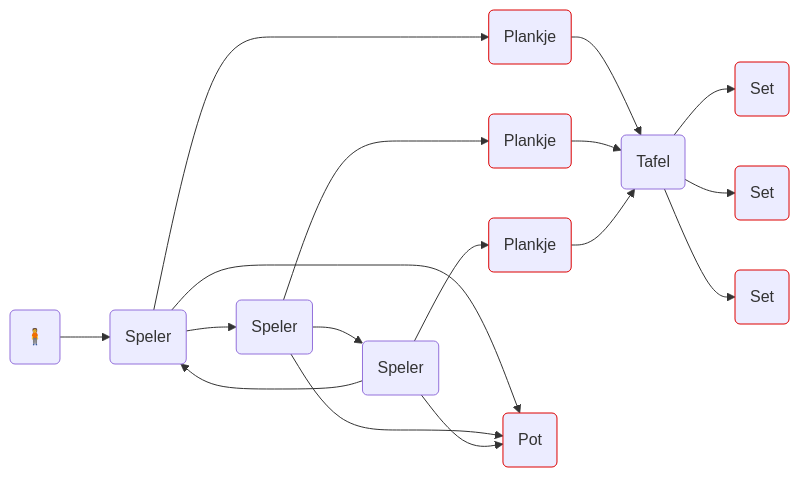
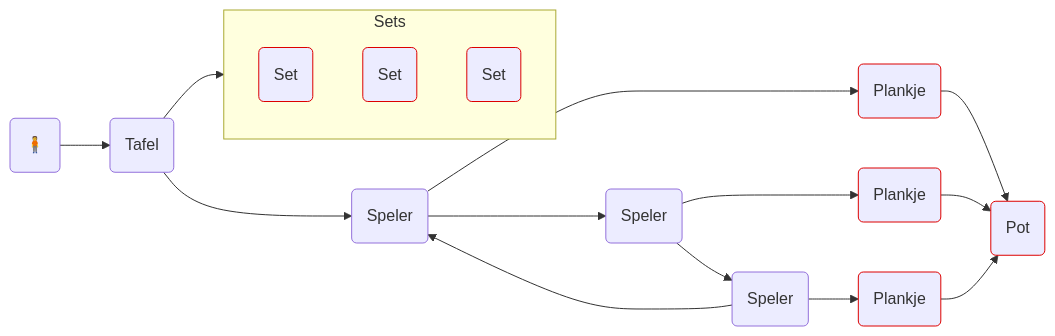
Before and after one commit to psvansluis/rummikub: the second of 2 diagrams in overzichtObjecten.md, drawn with Mermaid. The commit also changed other lines of this file, not shown here.

````diff
--- a/overzichtObjecten.md
+++ b/overzichtObjecten.md
@@ -31,36 +35,39 @@
 ```mermaid
 flowchart LR
 
 AGENT("🧍")
+TAFEL("Tafel")
+
+
 SPELER1("Speler")
+PLANKJE1("Plankje"):::heeftStenen
+
 SPELER2("Speler")
+PLANKJE2("Plankje"):::heeftStenen
+
 SPELER3("Speler")
-PLANKJE1("Plankje"):::heeftStenen
-PLANKJE2("Plankje"):::heeftStenen
 PLANKJE3("Plankje"):::heeftStenen
-TAFEL("Tafel")
+
+
 POT("Pot"):::heeftStenen
+subgraph Sets
 SET1("Set"):::heeftStenen
 SET2("Set"):::heeftStenen
 SET3("Set"):::heeftStenen
+end
 
-AGENT-->SPELER1
+AGENT-->TAFEL
+TAFEL-->SPELER1
+TAFEL-->Sets
+SPELER1-->PLANKJE1
+SPELER2-->PLANKJE2
+SPELER3-->PLANKJE3
 SPELER1-->SPELER2
 SPELER2-->SPELER3
 SPELER3-->SPELER1
-SPELER1-->PLANKJE1
-SPELER2-->PLANKJE2
-SPELER3-->PLANKJE3
-SPELER1-->POT
-SPELER2-->POT
-SPELER3-->POT
-PLANKJE1-->TAFEL
-PLANKJE2-->TAFEL
-PLANKJE3-->TAFEL
-TAFEL-->SET1
-TAFEL-->SET2
-TAFEL-->SET3
+PLANKJE1-->POT
+PLANKJE2-->POT
+PLANKJE3-->POT
 
 classDef heeftStenen stroke:#d00
-
 ```
````
